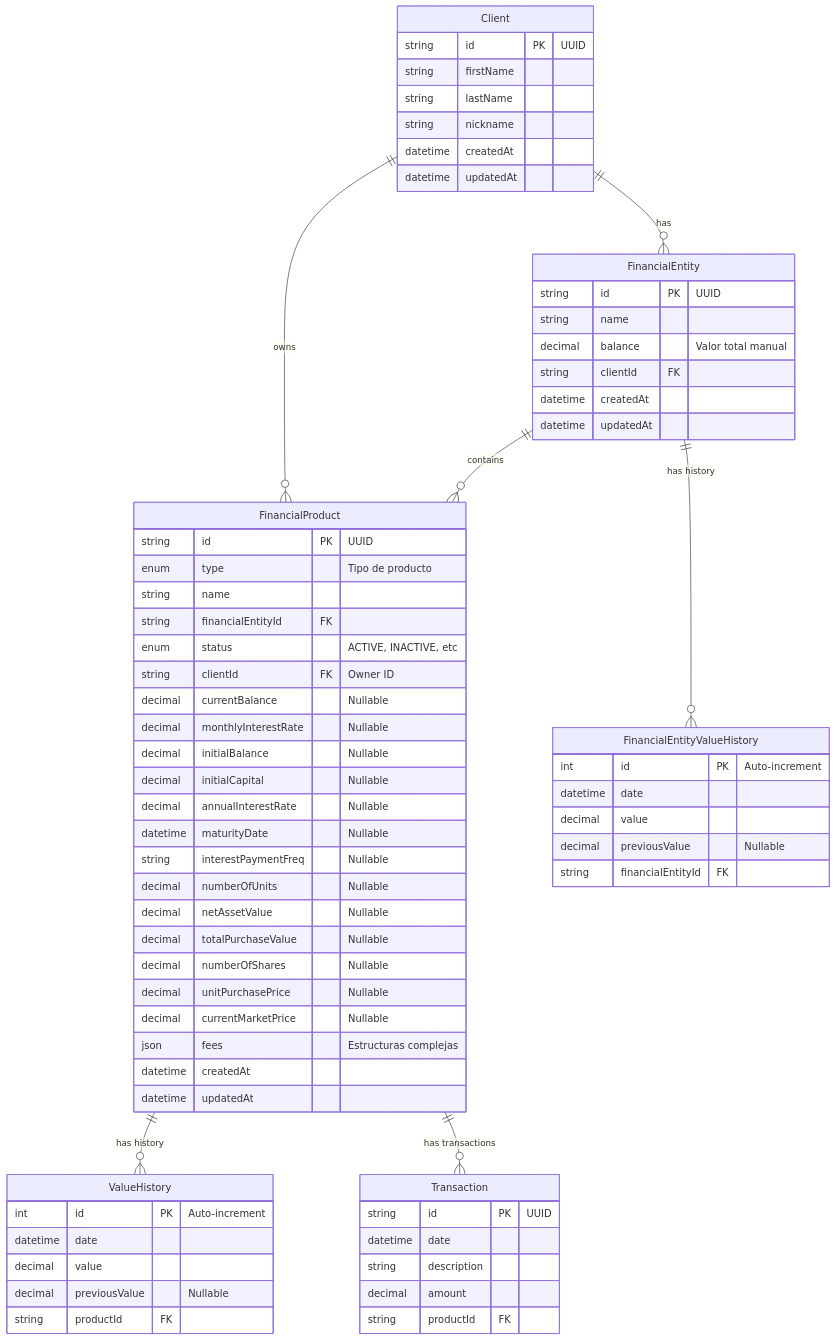
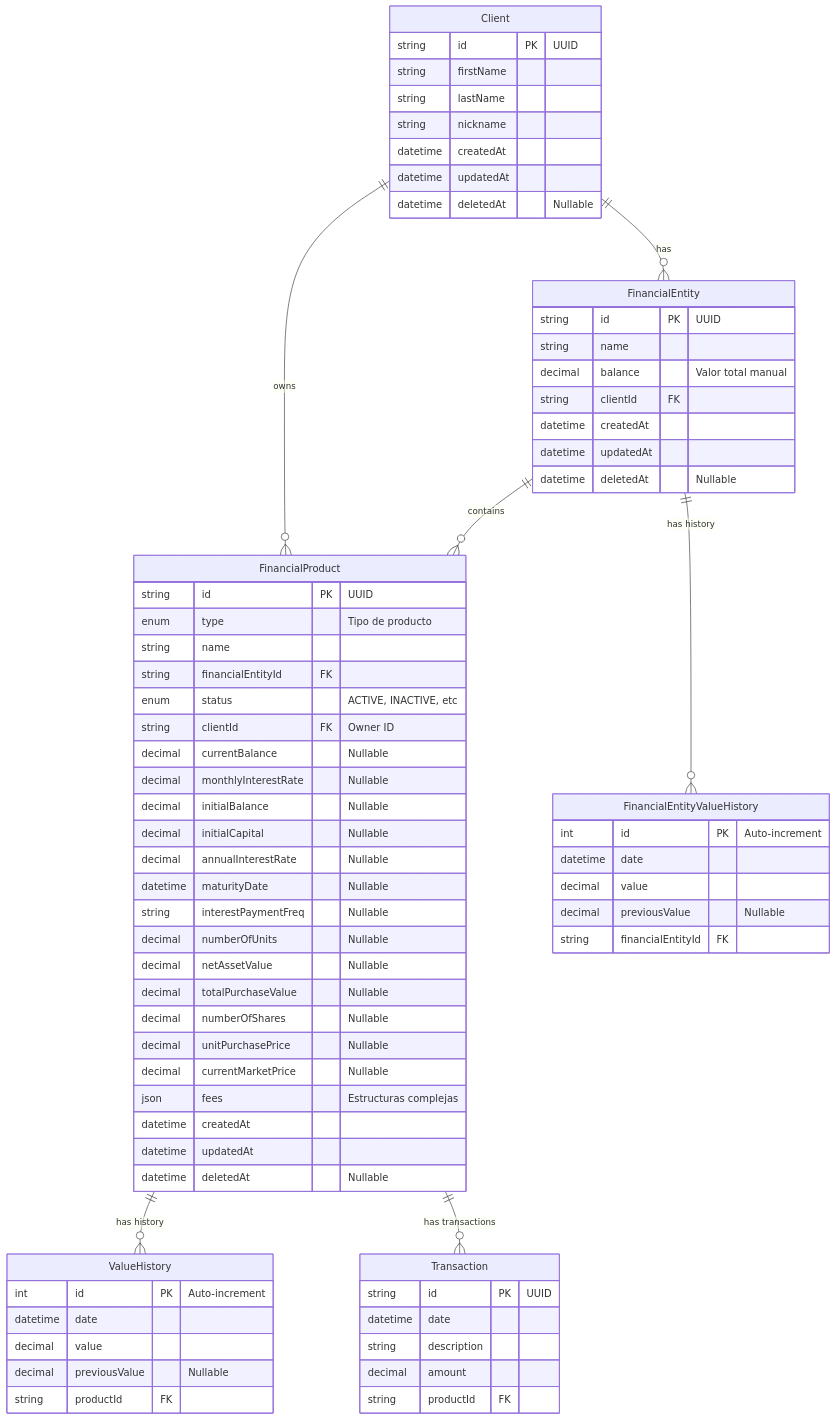
The diagram in docs/002-database_design.md (pabordonez/myfintonic), drawn with Mermaid before and after one commit. The commit also changed other lines of this file and 14 other files, not shown here.

````diff
--- a/docs/002-database_design.md
+++ b/docs/002-database_design.md
@@ -9,76 +9,79 @@
 ```mermaid
 erDiagram
     Client ||--o{ FinancialProduct : "owns"
     Client ||--o{ FinancialEntity : "has"
     FinancialEntity ||--o{ FinancialProduct : "contains"
     FinancialEntity ||--o{ FinancialEntityValueHistory : "has history"
     FinancialProduct ||--o{ ValueHistory : "has history"
     FinancialProduct ||--o{ Transaction : "has transactions"
 
     Client {
         string id PK "UUID"
         string firstName
         string lastName
         string nickname
         datetime createdAt
         datetime updatedAt
+        datetime deletedAt "Nullable"
     }
 
     FinancialEntity {
         string id PK "UUID"
         string name
         decimal balance "Valor total manual"
         string clientId FK
         datetime createdAt
         datetime updatedAt
+        datetime deletedAt "Nullable"
     }
 
     FinancialProduct {
         string id PK "UUID"
         enum type "Tipo de producto"
         string name
         string financialEntityId FK
         enum status "ACTIVE, INACTIVE, etc"
         string clientId FK "Owner ID"
         decimal currentBalance "Nullable"
         decimal monthlyInterestRate "Nullable"
         decimal initialBalance "Nullable"
         decimal initialCapital "Nullable"
         decimal annualInterestRate "Nullable"
         datetime maturityDate "Nullable"
         string interestPaymentFreq "Nullable"
         decimal numberOfUnits "Nullable"
         decimal netAssetValue "Nullable"
         decimal totalPurchaseValue "Nullable"
         decimal numberOfShares "Nullable"
         decimal unitPurchasePrice "Nullable"
         decimal currentMarketPrice "Nullable"
         json fees "Estructuras complejas"
         datetime createdAt
         datetime updatedAt
+        datetime deletedAt "Nullable"
     }
 
     ValueHistory {
         int id PK "Auto-increment"
         datetime date
         decimal value
         decimal previousValue "Nullable"
         string productId FK
     }
 
     FinancialEntityValueHistory {
         int id PK "Auto-increment"
         datetime date
         decimal value
         decimal previousValue "Nullable"
         string financialEntityId FK
     }
 
     Transaction {
         string id PK "UUID"
         datetime date
         string description
         decimal amount
         string productId FK
     }
 ```
````
